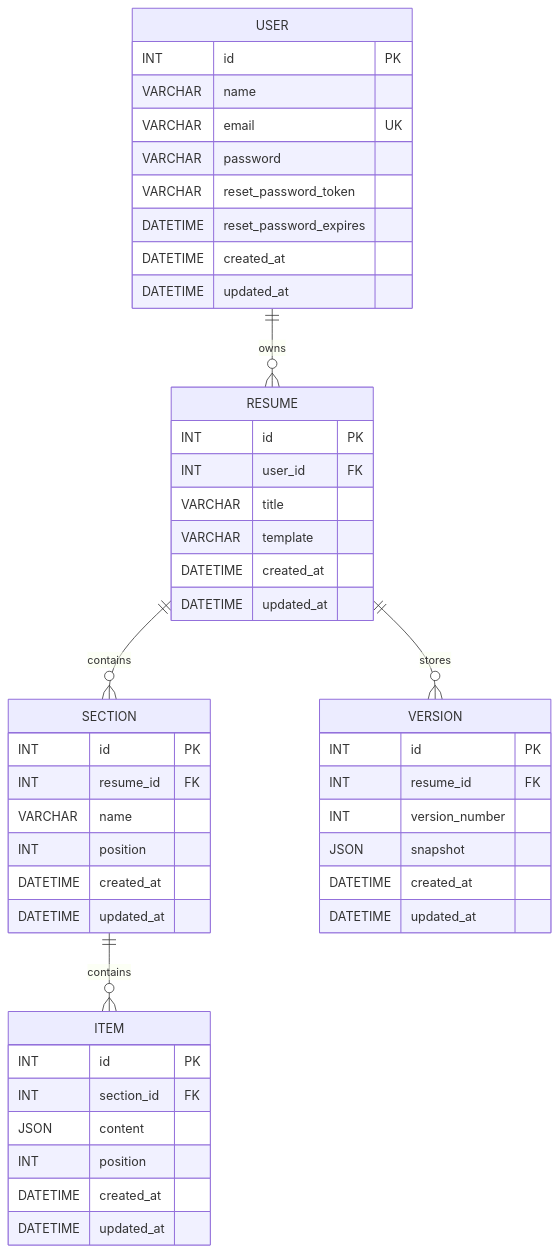
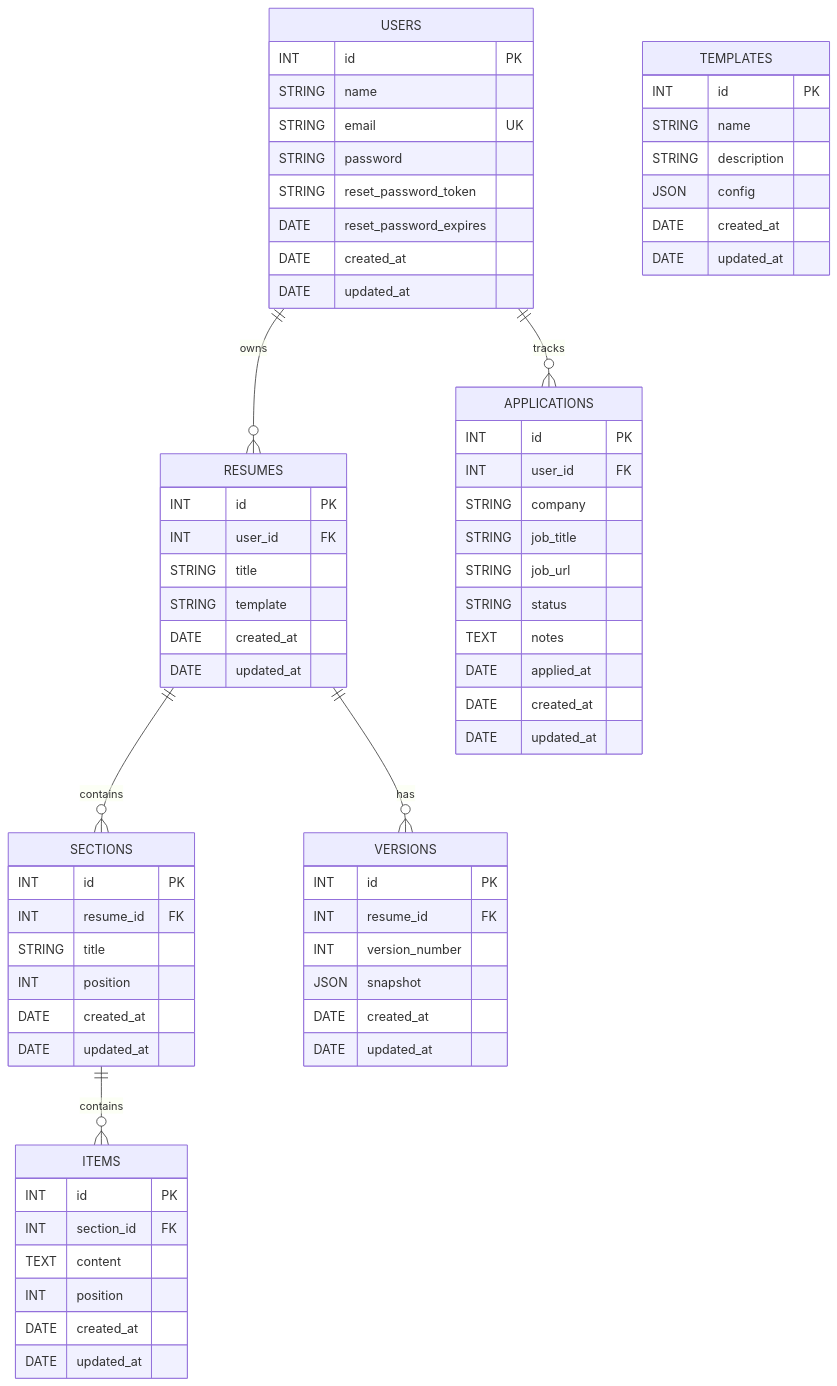
Before and after one commit to its-deepesh/ResumeFlowAPI-v2: the diagram in README.md, drawn with Mermaid. The commit also changed other lines of this file, not shown here.

Commit message:
docs: finalize project README and ER diagram

````diff
--- a/README.md
+++ b/README.md
@@ -252,54 +284,79 @@
 ```mermaid
 erDiagram
-    USER ||--o{ RESUME : owns
-    RESUME ||--o{ SECTION : contains
-    SECTION ||--o{ ITEM : contains
-    RESUME ||--o{ VERSION : stores
+   USERS ||--o{ RESUMES : owns
+   USERS ||--o{ APPLICATIONS : tracks
 
-    USER {
-        INT id PK
-        VARCHAR name
-        VARCHAR email UK
-        VARCHAR password
-        VARCHAR reset_password_token
-        DATETIME reset_password_expires
-        DATETIME created_at
-        DATETIME updated_at
-    }
+   RESUMES ||--o{ SECTIONS : contains
+   SECTIONS ||--o{ ITEMS : contains
 
-    RESUME {
-        INT id PK
-        INT user_id FK
-        VARCHAR title
-        VARCHAR template
-        DATETIME created_at
-        DATETIME updated_at
-    }
+   RESUMES ||--o{ VERSIONS : has
 
-    SECTION {
-        INT id PK
-        INT resume_id FK
-        VARCHAR name
-        INT position
-        DATETIME created_at
-        DATETIME updated_at
-    }
+   USERS {
+      INT id PK
+      STRING name
+      STRING email UK
+      STRING password
+      STRING reset_password_token
+      DATE reset_password_expires
+      DATE created_at
+      DATE updated_at
+   }
 
-    ITEM {
-        INT id PK
-        INT section_id FK
-        JSON content
-        INT position
-        DATETIME created_at
-        DATETIME updated_at
-    }
+   RESUMES {
+      INT id PK
+      INT user_id FK
+      STRING title
+      STRING template
+      DATE created_at
+      DATE updated_at
+   }
 
-    VERSION {
-        INT id PK
-        INT resume_id FK
-        INT version_number
-        JSON snapshot
-        DATETIME created_at
-        DATETIME updated_at
-    }
+   SECTIONS {
+      INT id PK
+      INT resume_id FK
+      STRING title
+      INT position
+      DATE created_at
+      DATE updated_at
+   }
+
+   ITEMS {
+      INT id PK
+      INT section_id FK
+      TEXT content
+      INT position
+      DATE created_at
+      DATE updated_at
+   }
+
+   VERSIONS {
+      INT id PK
+      INT resume_id FK
+      INT version_number
+      JSON snapshot
+      DATE created_at
+      DATE updated_at
+   }
+
+   TEMPLATES {
+      INT id PK
+      STRING name
+      STRING description
+      JSON config
+      DATE created_at
+      DATE updated_at
+   }
+
+   APPLICATIONS {
+      INT id PK
+      INT user_id FK
+      STRING company
+      STRING job_title
+      STRING job_url
+      STRING status
+      TEXT notes
+      DATE applied_at
+      DATE created_at
+      DATE updated_at
+   }
 ```
````
